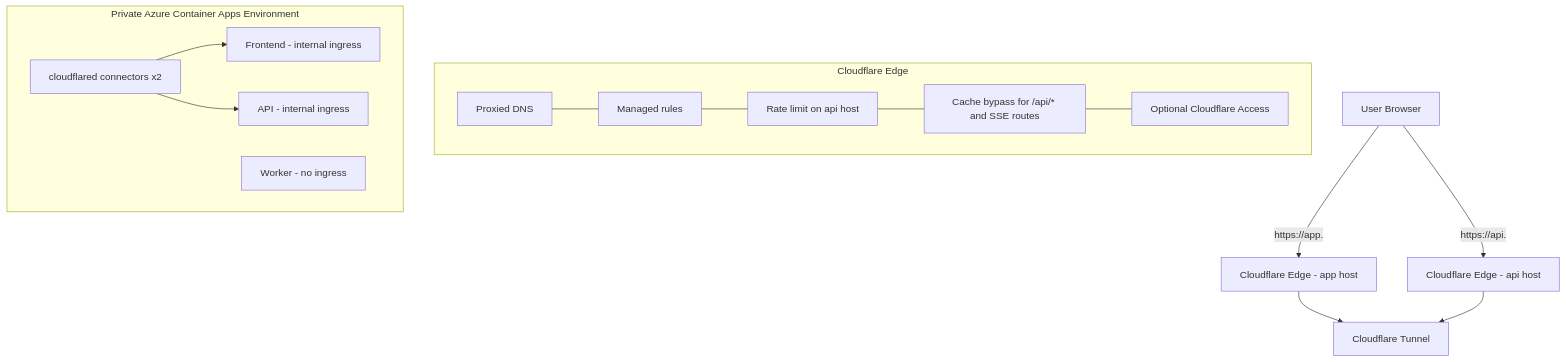
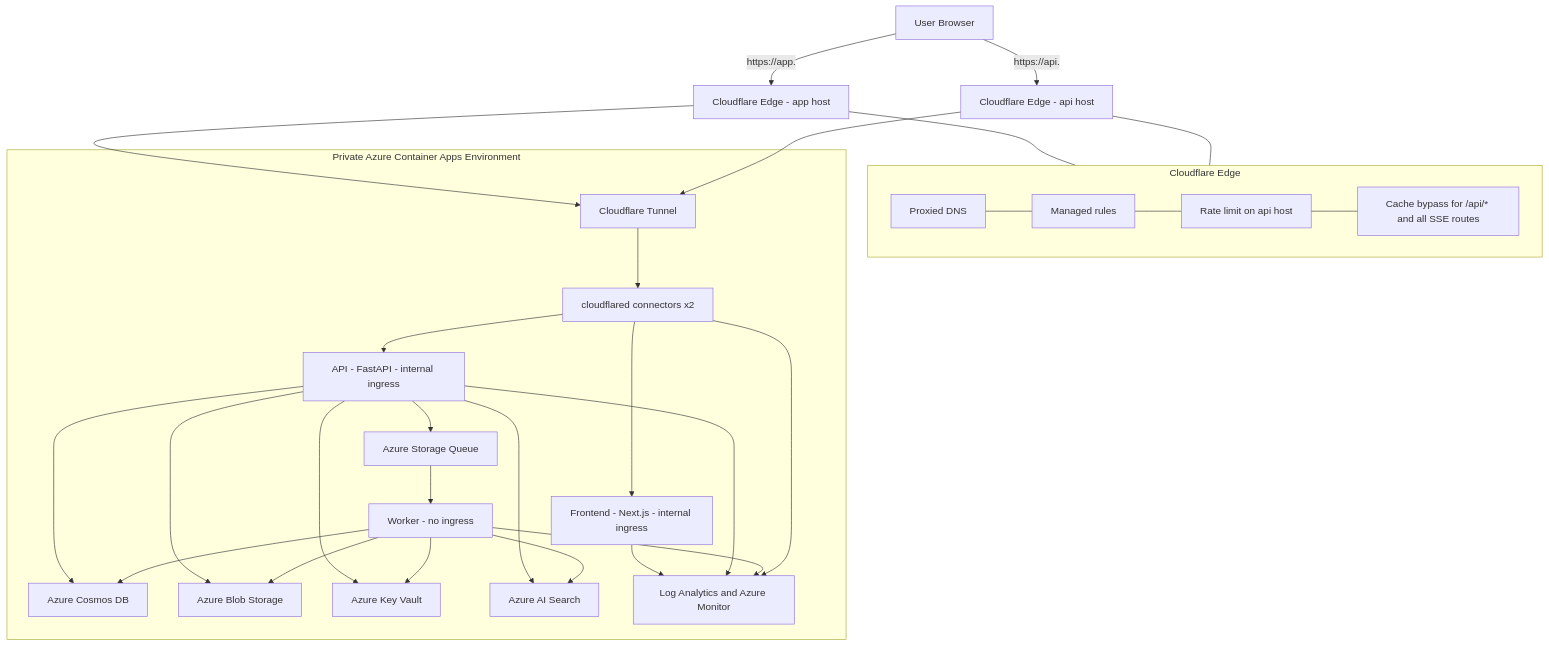
Before and after one commit to huytu0702/gtog: the diagram in docs/topo_v4.md, drawn with Mermaid. The commit also changed other lines of this file, not shown here.

First line of the commit message:
docs: update production topology documentation for Cloudflare-only ingress model

````diff
--- a/docs/topo_v4.md
+++ b/docs/topo_v4.md
@@ -5,28 +5,55 @@
 ```mermaid
 flowchart TB
   U[User Browser]
 
   U -->|https://app.<domain>| CFAPP[Cloudflare Edge - app host]
   U -->|https://api.<domain>| CFAPI[Cloudflare Edge - api host]
 
   subgraph EDGE[Cloudflare Edge]
     DNS[Proxied DNS]
     WAF[Managed rules]
     RL[Rate limit on api host]
-    CACHE[Cache bypass for /api/* and SSE routes]
-    ACCESS[Optional Cloudflare Access]
-    DNS --- WAF --- RL --- CACHE --- ACCESS
+    CACHE[Cache bypass for /api/* and all SSE routes]
+    DNS --- WAF --- RL --- CACHE
   end
+
+  CFAPP --- EDGE
+  CFAPI --- EDGE
 
   CFAPP --> TUNNEL[Cloudflare Tunnel]
   CFAPI --> TUNNEL
 
   subgraph ACA[Private Azure Container Apps Environment]
     CONN[cloudflared connectors x2]
-    FE[Frontend - internal ingress]
-    API[API - internal ingress]
+    FE[Frontend - Next.js - internal ingress]
+    API[API - FastAPI - internal ingress]
     WORKER[Worker - no ingress]
+    QUEUE[Azure Storage Queue]
+    COSMOS[Azure Cosmos DB]
+    BLOB[Azure Blob Storage]
+    KV[Azure Key Vault]
+    SEARCH[Azure AI Search]
+    OBS[Log Analytics and Azure Monitor]
+
+    TUNNEL --> CONN
     CONN --> FE
     CONN --> API
+
+    API --> QUEUE
+    API --> COSMOS
+    API --> BLOB
+    API --> KV
+    API --> SEARCH
+
+    QUEUE --> WORKER
+    WORKER --> COSMOS
+    WORKER --> BLOB
+    WORKER --> KV
+    WORKER --> SEARCH
+
+    FE --> OBS
+    API --> OBS
+    WORKER --> OBS
+    CONN --> OBS
   end
 ```
````
